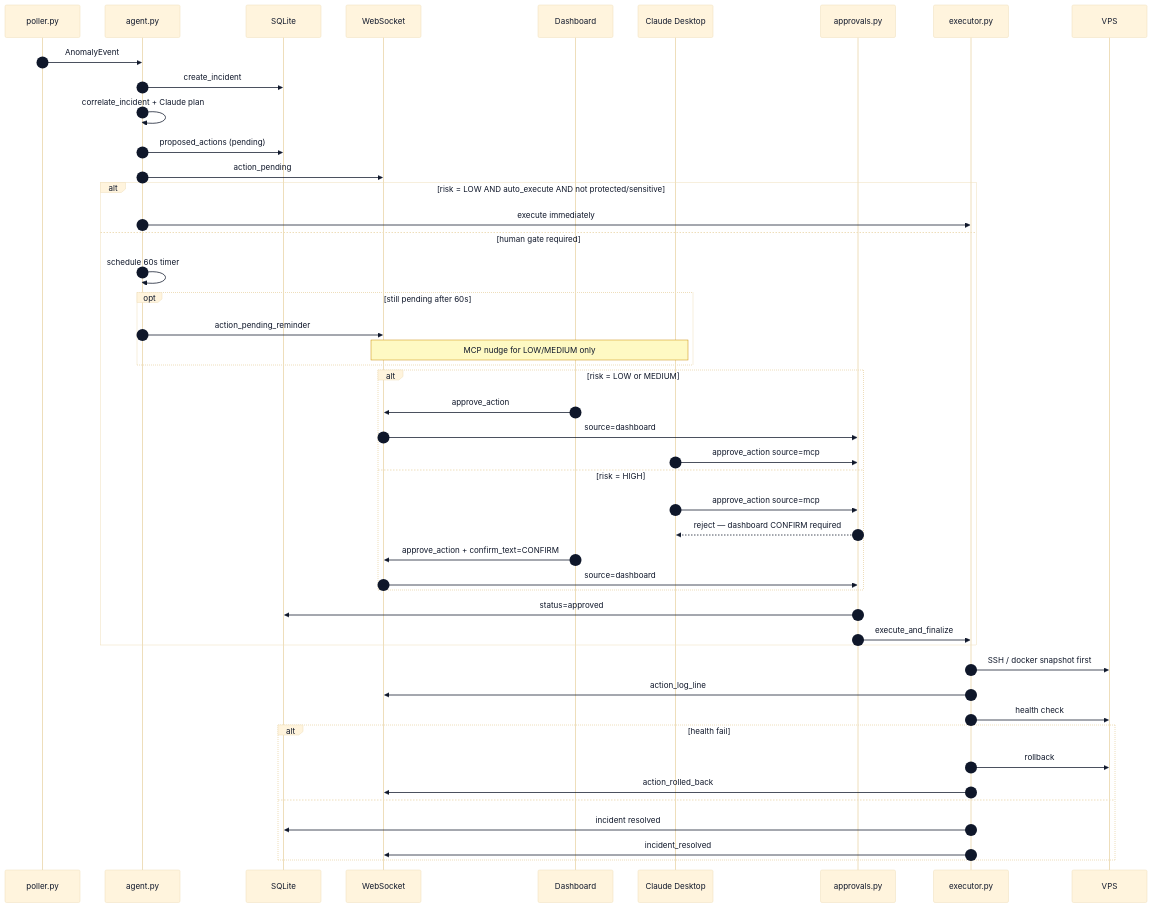
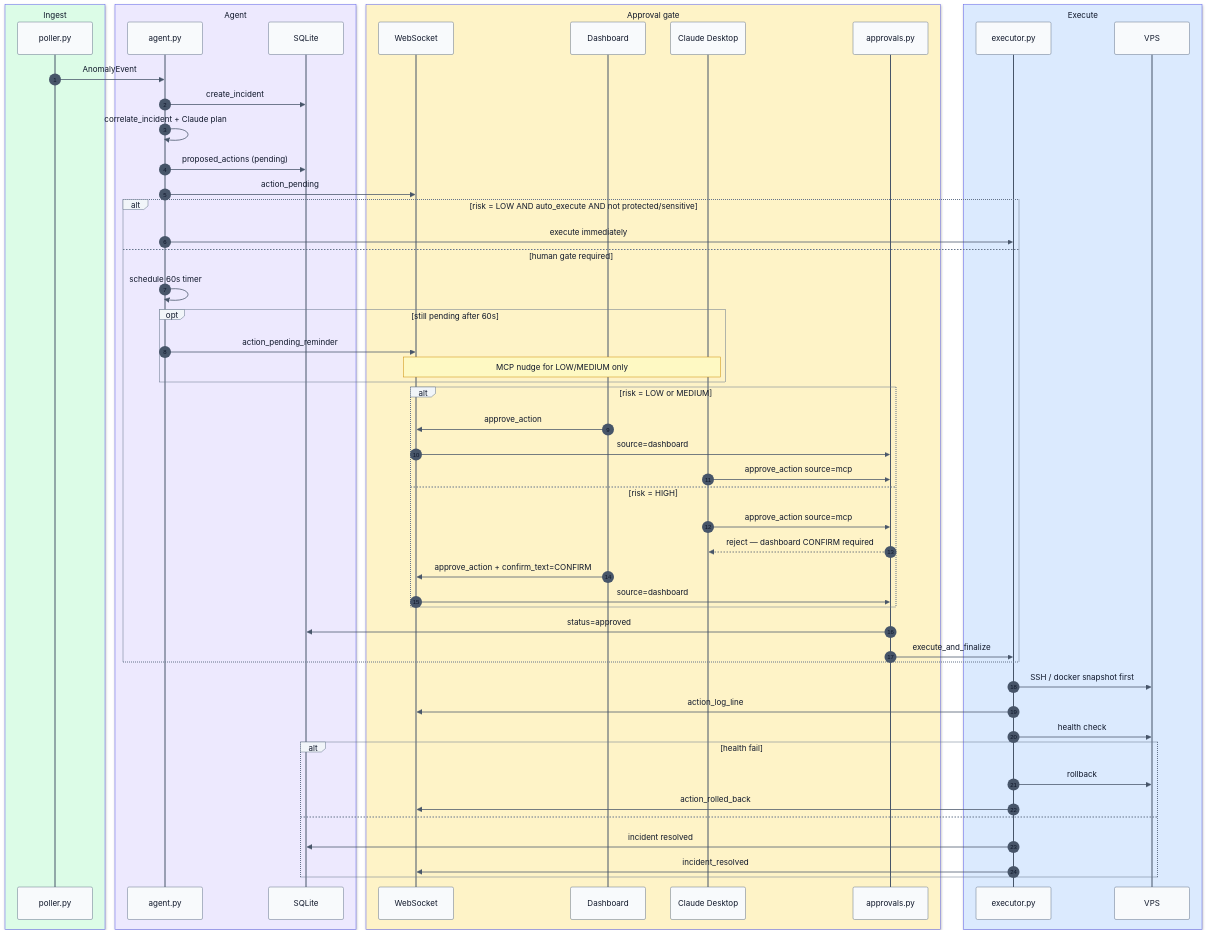
Before and after one commit to NevilPatel01/devops-mcp: the fifth of 14 diagrams in Project.md, drawn with Mermaid. The commit also changed 5 other files, not shown here.

````diff
--- a/Project.md
+++ b/Project.md
@@ -266,56 +266,68 @@
 ```mermaid
-%%{init: {'theme':'base', 'themeVariables': {'primaryTextColor':'#0f172a','actorTextColor':'#0f172a','signalTextColor':'#0f172a','labelTextColor':'#0f172a','loopTextColor':'#0f172a','noteTextColor':'#0f172a','noteBkgColor':'#fef9c3','noteBorderColor':'#ca8a04','activationBorderColor':'#475569','activationBkgColor':'#e2e8f0','sequenceNumberColor':'#0f172a'}}}%%
+%%{init: {'theme':'base', 'themeVariables': {'primaryTextColor':'#0f172a','primaryColor':'#e0e7ff','primaryBorderColor':'#6366f1','secondaryColor':'#f8fafc','tertiaryColor':'#ffffff','lineColor':'#475569','textColor':'#0f172a','actorBkg':'#f8fafc','actorBorder':'#64748b','actorTextColor':'#0f172a','actorLineColor':'#475569','signalColor':'#475569','signalTextColor':'#0f172a','labelBoxBkgColor':'#f1f5f9','labelBoxBorderColor':'#64748b','labelTextColor':'#0f172a','loopTextColor':'#0f172a','noteBkgColor':'#fef9c3','noteBorderColor':'#ca8a04','noteTextColor':'#0f172a','activationBorderColor':'#475569','activationBkgColor':'#e2e8f0','sequenceNumberColor':'#0f172a'}}}%%
 sequenceDiagram
   autonumber
-  participant P as poller.py
-  participant A as agent.py
-  participant DB as SQLite
-  participant WS as WebSocket
-  participant UI as Dashboard
-  participant MCP as Claude Desktop
-  participant Ap as approvals.py
-  participant E as executor.py
-  participant VPS as VPS
+
+  box rgb(220,252,231) Ingest
+    participant P as poller.py
+  end
+
+  box rgb(237,233,254) Agent
+    participant A as agent.py
+    participant DB as SQLite
+  end
+
+  box rgb(254,243,199) Approval gate
+    participant WS as WebSocket
+    participant UI as Dashboard
+    participant MCP as Claude Desktop
+    participant Ap as approvals.py
+  end
+
+  box rgb(219,234,254) Execute
+    participant E as executor.py
+    participant VPS as VPS
+  end
 
   P->>A: AnomalyEvent
   A->>DB: create_incident
   A->>A: correlate_incident + Claude plan
   A->>DB: proposed_actions (pending)
   A->>WS: action_pending
 
   alt risk = LOW AND auto_execute AND not protected/sensitive
     A->>E: execute immediately
   else human gate required
     A->>A: schedule 60s timer
 
     opt still pending after 60s
       A->>WS: action_pending_reminder
       Note over WS,MCP: MCP nudge for LOW/MEDIUM only
     end
 
     alt risk = LOW or MEDIUM
       UI->>WS: approve_action
       WS->>Ap: source=dashboard
       MCP->>Ap: approve_action source=mcp
     else risk = HIGH
       MCP->>Ap: approve_action source=mcp
       Ap-->>MCP: reject — dashboard CONFIRM required
       UI->>WS: approve_action + confirm_text=CONFIRM
       WS->>Ap: source=dashboard
     end
 
     Ap->>DB: status=approved
     Ap->>E: execute_and_finalize
   end
 
   E->>VPS: SSH / docker snapshot first
   E->>WS: action_log_line
   E->>VPS: health check
   alt health fail
     E->>VPS: rollback
     E->>WS: action_rolled_back
   else
     E->>DB: incident resolved
     E->>WS: incident_resolved
   end
 ```
````
